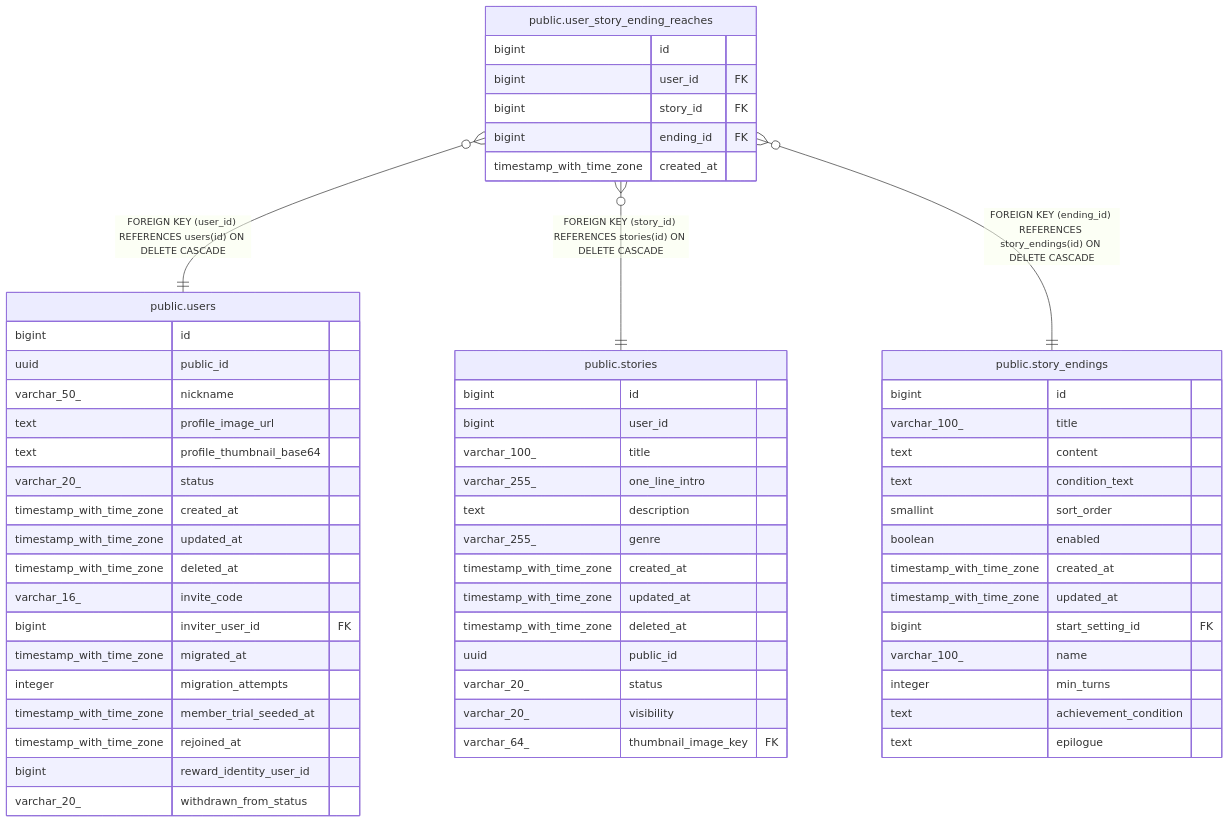
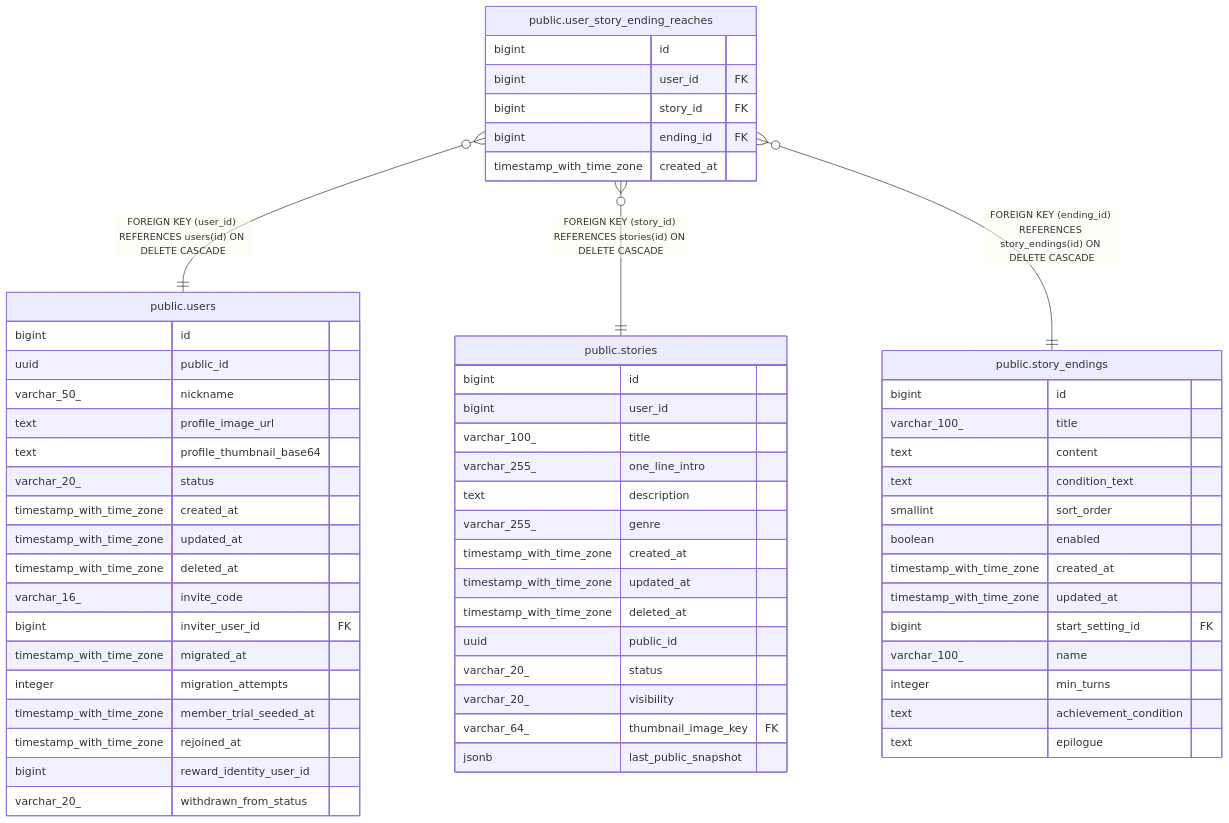
The diagram in dbdoc/public.user_story_ending_reaches.md (KIM-N-KANG/manyak-server), drawn with Mermaid before and after one commit. The commit also changed 38 other files, not shown here.

````diff
--- a/dbdoc/public.user_story_ending_reaches.md
+++ b/dbdoc/public.user_story_ending_reaches.md
@@ -33,64 +33,65 @@
 ```mermaid
 erDiagram
 
 "public.user_story_ending_reaches" }o--|| "public.users" : "FOREIGN KEY (user_id) REFERENCES users(id) ON DELETE CASCADE"
 "public.user_story_ending_reaches" }o--|| "public.stories" : "FOREIGN KEY (story_id) REFERENCES stories(id) ON DELETE CASCADE"
 "public.user_story_ending_reaches" }o--|| "public.story_endings" : "FOREIGN KEY (ending_id) REFERENCES story_endings(id) ON DELETE CASCADE"
 
 "public.user_story_ending_reaches" {
   bigint id
   bigint user_id FK
   bigint story_id FK
   bigint ending_id FK
   timestamp_with_time_zone created_at
 }
 "public.users" {
   bigint id
   uuid public_id
   varchar_50_ nickname
   text profile_image_url
   text profile_thumbnail_base64
   varchar_20_ status
   timestamp_with_time_zone created_at
   timestamp_with_time_zone updated_at
   timestamp_with_time_zone deleted_at
   varchar_16_ invite_code
   bigint inviter_user_id FK
   timestamp_with_time_zone migrated_at
   integer migration_attempts
   timestamp_with_time_zone member_trial_seeded_at
   timestamp_with_time_zone rejoined_at
   bigint reward_identity_user_id
   varchar_20_ withdrawn_from_status
 }
 "public.stories" {
   bigint id
   bigint user_id
   varchar_100_ title
   varchar_255_ one_line_intro
   text description
   varchar_255_ genre
   timestamp_with_time_zone created_at
   timestamp_with_time_zone updated_at
   timestamp_with_time_zone deleted_at
   uuid public_id
   varchar_20_ status
   varchar_20_ visibility
   varchar_64_ thumbnail_image_key FK
+  jsonb last_public_snapshot
 }
 "public.story_endings" {
   bigint id
   varchar_100_ title
   text content
   text condition_text
   smallint sort_order
   boolean enabled
   timestamp_with_time_zone created_at
   timestamp_with_time_zone updated_at
   bigint start_setting_id FK
   varchar_100_ name
   integer min_turns
   text achievement_condition
   text epilogue
 }
 ```
````
